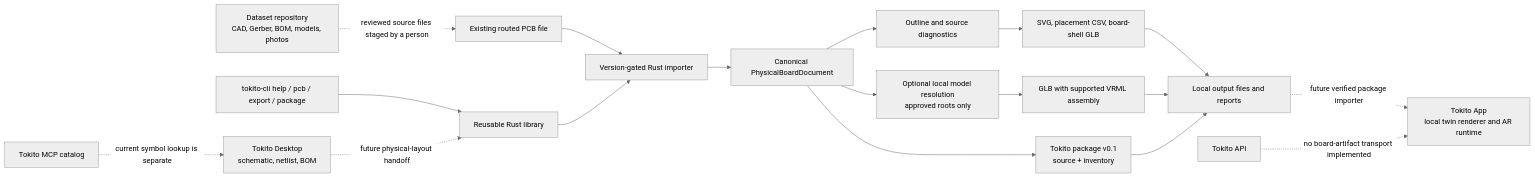
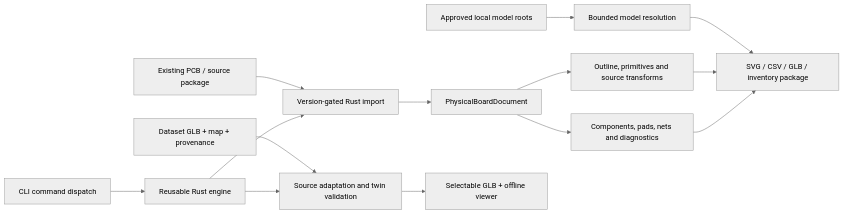
Before and after one commit to TokitoAI/tokito-cli: the first of 3 diagrams in README.md, drawn with Mermaid (neutral theme). The commit also changed other lines of this file and 23 other files, not shown here.

````diff
--- a/README.md
+++ b/README.md
@@ -53,20 +185,16 @@
 ```mermaid
 flowchart LR
-    PCB[Existing routed PCB file] --> PARSE[Version-gated Rust importer]
-    DATA[Dataset repository<br/>CAD, Gerber, BOM, models, photos] -. reviewed source files staged by a person .-> PCB
-    PARSE --> DOC[Canonical PhysicalBoardDocument]
-    DOC --> CHECK[Outline and source diagnostics]
-    DOC --> MODELS[Optional local model resolution<br/>approved roots only]
-    CHECK --> OUT[SVG, placement CSV, board-shell GLB]
-    MODELS --> OUT2[GLB with supported VRML assembly]
-    DOC --> PKG[Tokito package v0.1<br/>source + inventory]
-    CLI[tokito-cli help / pcb / export / package] --> LIB[Reusable Rust library]
-    LIB --> PARSE
-    OUT --> DISK[Local output files and reports]
-    OUT2 --> DISK
-    PKG --> DISK
-    DESKTOP[Tokito Desktop<br/>schematic, netlist, BOM] -. future physical-layout handoff .-> LIB
-    DISK -. future verified package importer .-> APP[Tokito App<br/>local twin renderer and AR runtime]
-    MCP[Tokito MCP catalog] -. current symbol lookup is separate .-> DESKTOP
-    API[Tokito API] -. no board-artifact transport implemented .-> APP
+    Input[Existing PCB / source package] --> Import[Version-gated Rust import]
+    Import --> Document[PhysicalBoardDocument]
+    Document --> Geometry[Outline, primitives and source transforms]
+    Document --> Identity[Components, pads, nets and diagnostics]
+    Models[Approved local model roots] --> Resolve[Bounded model resolution]
+    Resolve --> Export[SVG / CSV / GLB / inventory package]
+    Geometry --> Export
+    Identity --> Export
+    Source[Dataset GLB + map + provenance] --> Twin[Source adaptation and twin validation]
+    Twin --> View[Selectable GLB + offline viewer]
+    CLI[CLI command dispatch] --> Engine[Reusable Rust engine]
+    Engine --> Import
+    Engine --> Twin
 ```
````
